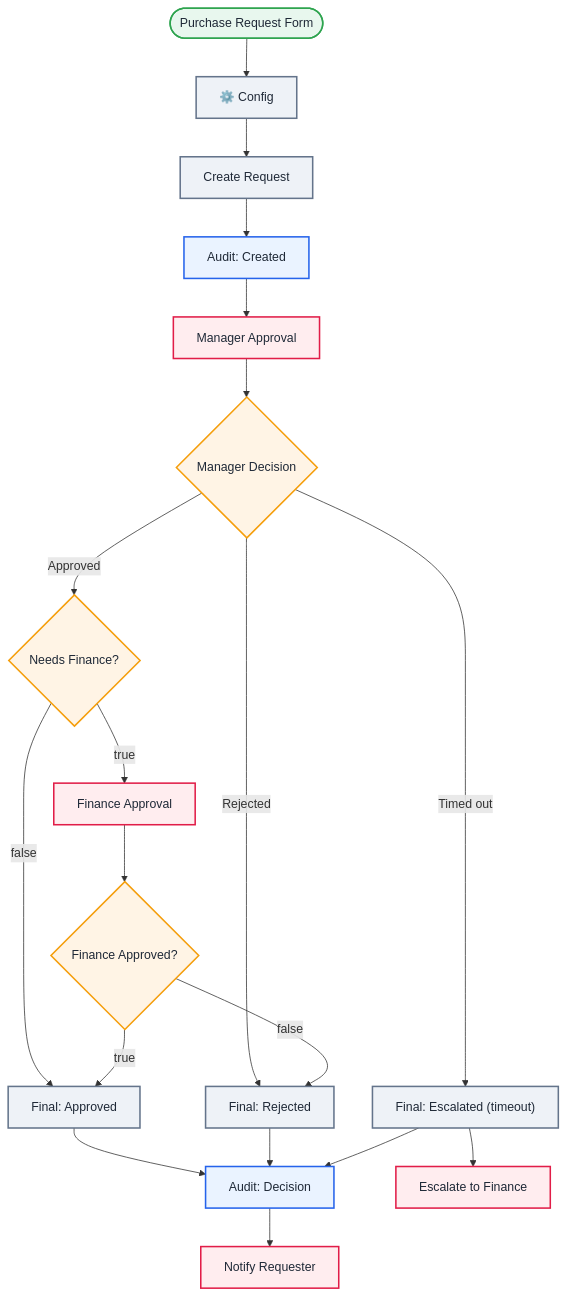
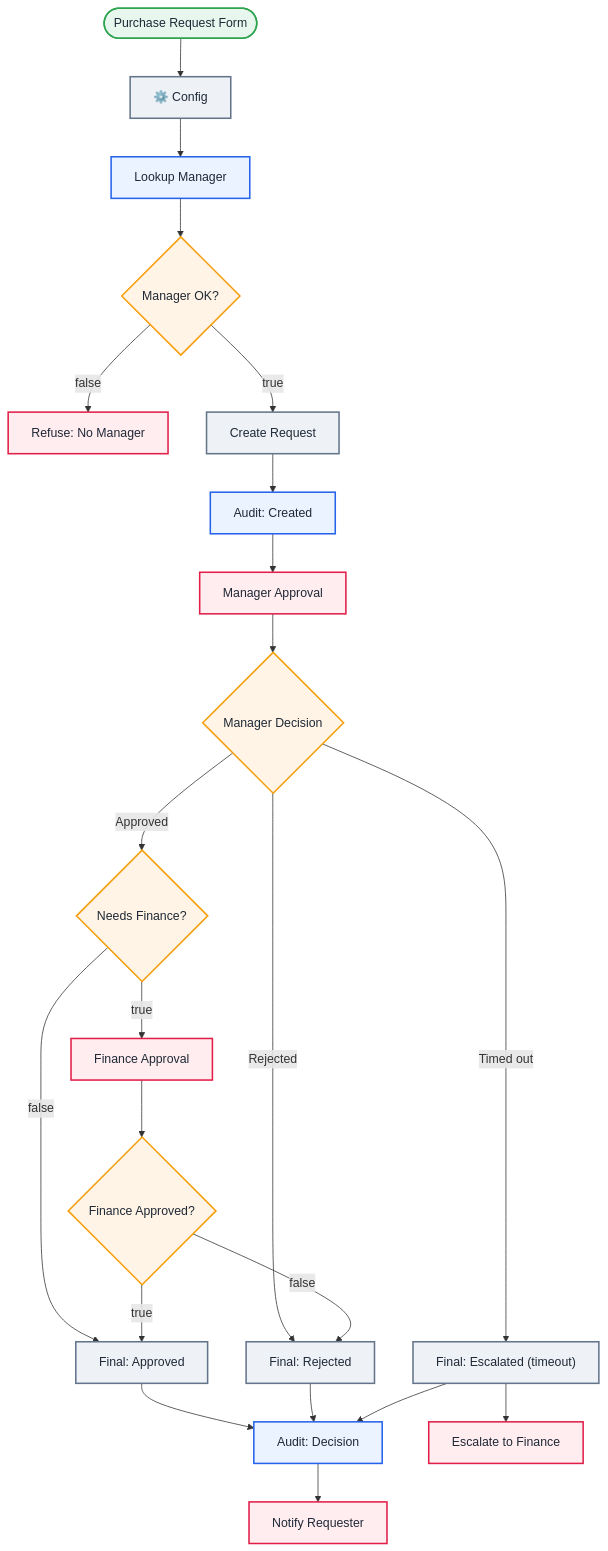
The second of 2 diagrams in workflows/P06-purchase-approval-multilevel/README.md (callme-siva/n8n-knowledge), drawn with Mermaid before and after one commit. The commit also changed other lines of this file and 118 other files, not shown here.

````diff
--- a/workflows/P06-purchase-approval-multilevel/README.md
+++ b/workflows/P06-purchase-approval-multilevel/README.md
@@ -56,44 +57,50 @@
 ```mermaid
 flowchart TB
   n0(["Purchase Request Form"]):::trigger
   n1["⚙️ Config"]:::code
-  n2["Create Request"]:::code
-  n3["Audit: Created"]:::data
-  n4["Manager Approval"]:::msg
-  n5{"Manager Decision"}:::logic
-  n6{"Needs Finance?"}:::logic
-  n7["Finance Approval"]:::msg
-  n8{"Finance Approved?"}:::logic
-  n9["Final: Approved"]:::code
-  n10["Final: Rejected"]:::code
-  n11["Final: Escalated (timeout)"]:::code
-  n12["Audit: Decision"]:::data
-  n13["Notify Requester"]:::msg
-  n14["Escalate to Finance"]:::msg
-  n9 --> n12
-  n10 --> n12
-  n11 --> n12
-  n11 --> n14
+  n2["Lookup Manager"]:::data
+  n3{"Manager OK?"}:::logic
+  n4["Refuse: No Manager"]:::msg
+  n5["Create Request"]:::code
+  n6["Audit: Created"]:::data
+  n7["Manager Approval"]:::msg
+  n8{"Manager Decision"}:::logic
+  n9{"Needs Finance?"}:::logic
+  n10["Finance Approval"]:::msg
+  n11{"Finance Approved?"}:::logic
+  n12["Final: Approved"]:::code
+  n13["Final: Rejected"]:::code
+  n14["Final: Escalated (timeout)"]:::code
+  n15["Audit: Decision"]:::data
+  n16["Notify Requester"]:::msg
+  n17["Escalate to Finance"]:::msg
+  n12 --> n15
+  n13 --> n15
+  n14 --> n15
+  n14 --> n17
   n0 --> n1
   n1 --> n2
   n2 --> n3
-  n3 --> n4
-  n4 --> n5
-  n5 -->|"Approved"| n6
-  n5 -->|"Rejected"| n10
-  n5 -->|"Timed out"| n11
-  n6 -->|"true"| n7
-  n6 -->|"false"| n9
+  n3 -->|"true"| n5
+  n3 -->|"false"| n4
+  n5 --> n6
+  n6 --> n7
   n7 --> n8
-  n8 -->|"true"| n9
-  n8 -->|"false"| n10
-  n12 --> n13
+  n8 -->|"Approved"| n9
+  n8 -->|"Rejected"| n13
+  n8 -->|"Timed out"| n14
+  n9 -->|"true"| n10
+  n9 -->|"false"| n12
+  n10 --> n11
+  n11 -->|"true"| n12
+  n11 -->|"false"| n13
+  n15 --> n16
   classDef trigger fill:#E8F7EE,stroke:#2EA44F,stroke-width:2px,color:#1F2937
   classDef ai fill:#F1EBFF,stroke:#7C3AED,stroke-width:2px,color:#1F2937
   classDef sub fill:#F7F3FF,stroke:#A78BFA,stroke-width:2px,color:#1F2937
   classDef logic fill:#FFF4E5,stroke:#F59E0B,stroke-width:2px,color:#1F2937
   classDef code fill:#EEF2F7,stroke:#64748B,stroke-width:2px,color:#1F2937
   classDef data fill:#EAF3FF,stroke:#2563EB,stroke-width:2px,color:#1F2937
   classDef http fill:#E6FAF8,stroke:#0D9488,stroke-width:2px,color:#1F2937
   classDef msg fill:#FFEDEF,stroke:#E11D48,stroke-width:2px,color:#1F2937
 ```
````
